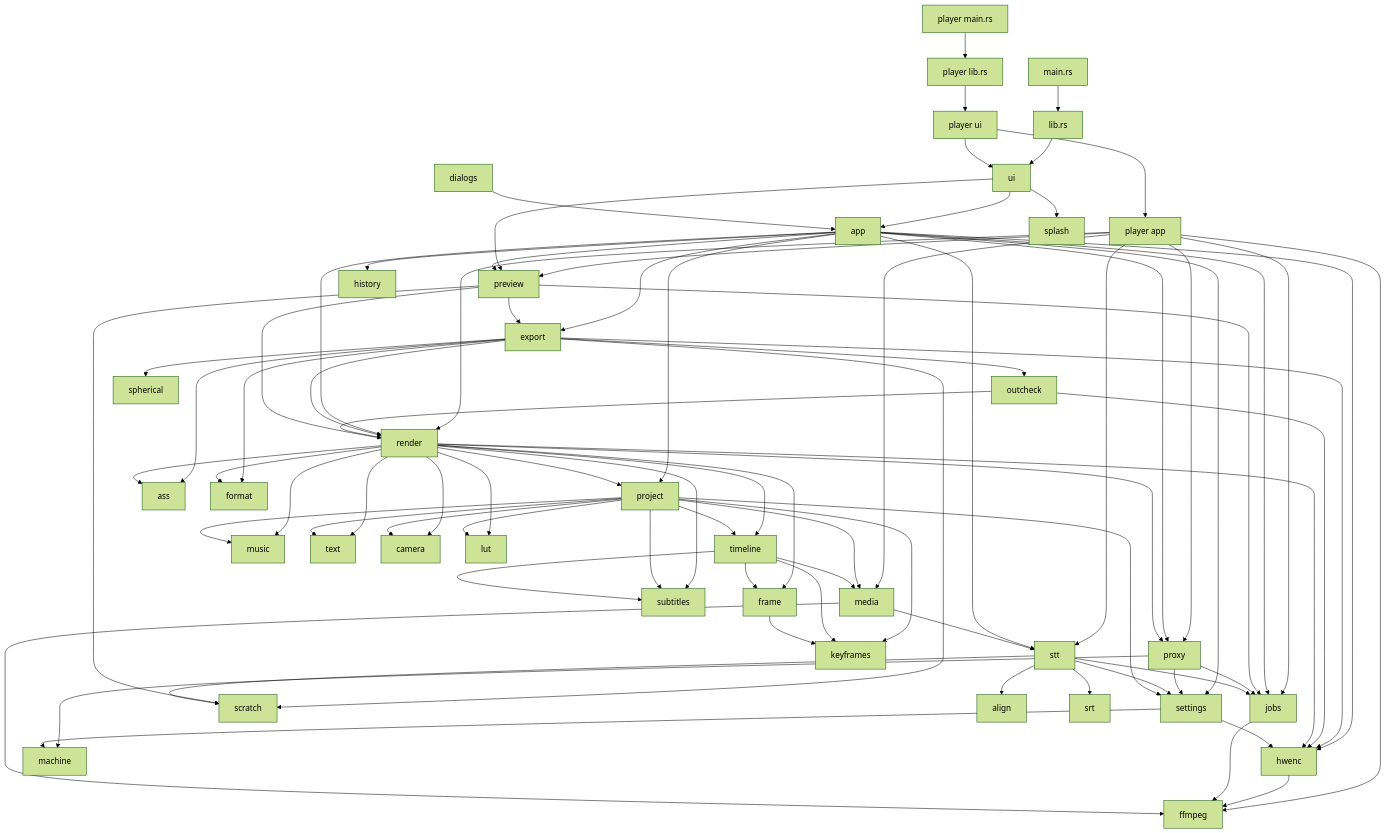
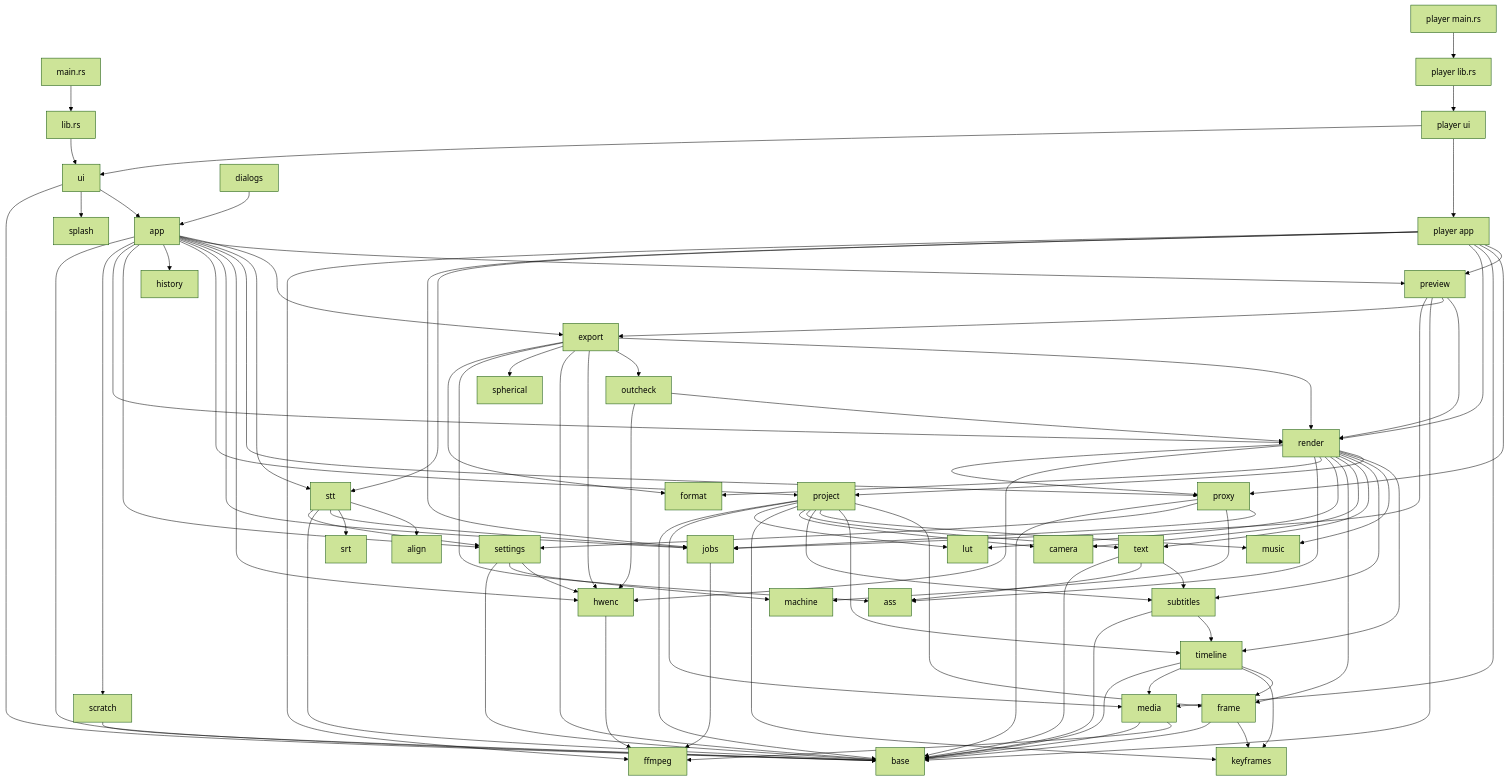
The first of 4 diagrams in docs/code-architecture.md (andrealorenzani/videolore), drawn with Mermaid (forest theme) before and after one commit. The commit also changed other lines of this file and 81 other files, not shown here.

````diff
--- a/docs/code-architecture.md
+++ b/docs/code-architecture.md
@@ -27,34 +27,37 @@
 ```mermaid
 flowchart TD
   main["main.rs"] --> lib["lib.rs"]
   pmain["player main.rs"] --> plib["player lib.rs"]
   lib --> ui
   plib --> pui["player ui"] --> papp["player app"]
   pui --> ui
   papp --> preview & proxy & media & render & stt & jobs & ffmpeg
 
   ui --> app
-  ui --> preview
   ui --> splash
   dialogs --> app
 
   app --> export & preview & stt & proxy & hwenc & jobs
   app --> project & history & settings & render
 
-  export --> render & outcheck & hwenc & scratch & spherical & ass & format
+  export --> render & outcheck & hwenc & base & spherical & ass & format
   outcheck --> render & hwenc
-  preview --> render & export & scratch & jobs
-  proxy --> jobs & machine & settings
-  stt --> align & srt & jobs & scratch & settings
+  preview --> render & export & base & jobs
+  proxy --> jobs & machine & settings & base
+  stt --> align & srt & jobs & base & settings
   hwenc --> ffmpeg
   jobs --> ffmpeg
 
   render --> project & timeline & music & subtitles & text
   render --> camera & frame & lut & format & ass & hwenc & proxy
-  project --> timeline & music & subtitles & text & camera & keyframes & lut & media & settings
-  timeline --> frame & keyframes & media & subtitles
-  frame --> keyframes
-  media --> ffmpeg
-  media --> stt
-  settings --> hwenc & machine
+  project --> frame & timeline & music & subtitles & text & camera & keyframes & lut & media & base
+  timeline --> frame & keyframes & media & base
+  frame --> keyframes & base
+  media --> ffmpeg & base
+  settings --> hwenc & machine & base
+  scratch --> base
+  app --> scratch & base
+  ui --> base
+  subtitles --> timeline & base
+  text --> subtitles & ass & base
 ```
````
